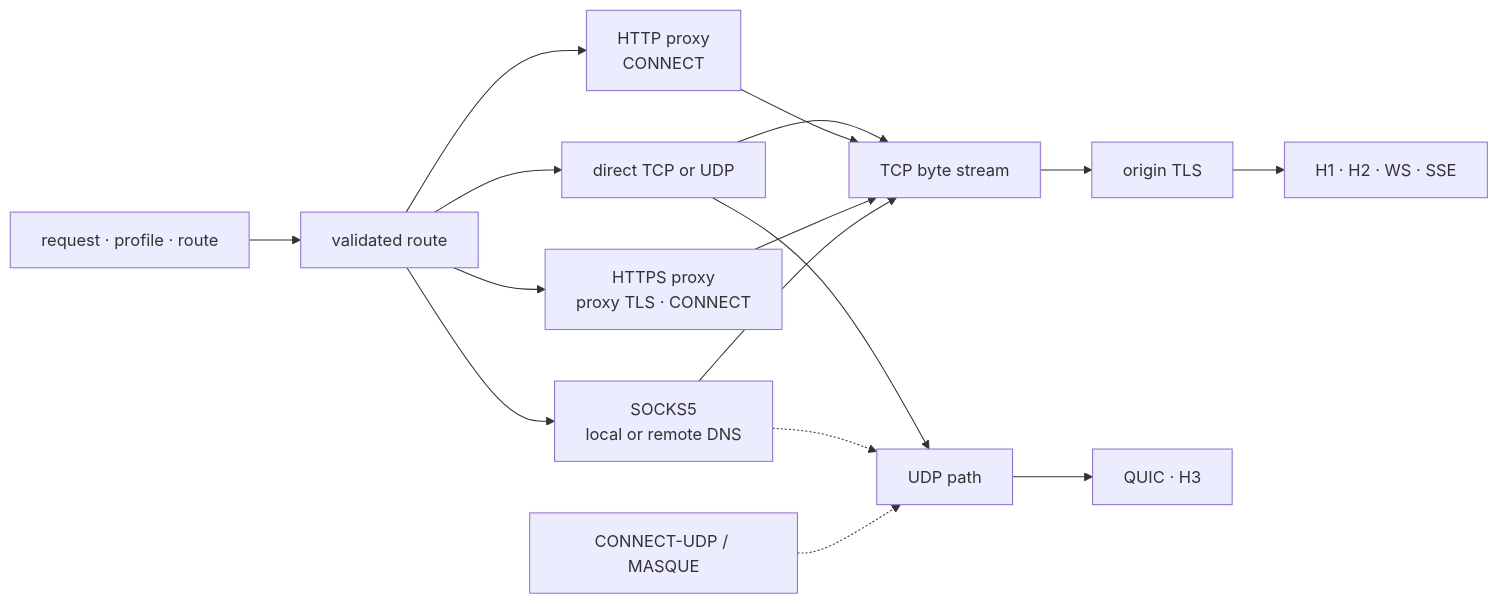
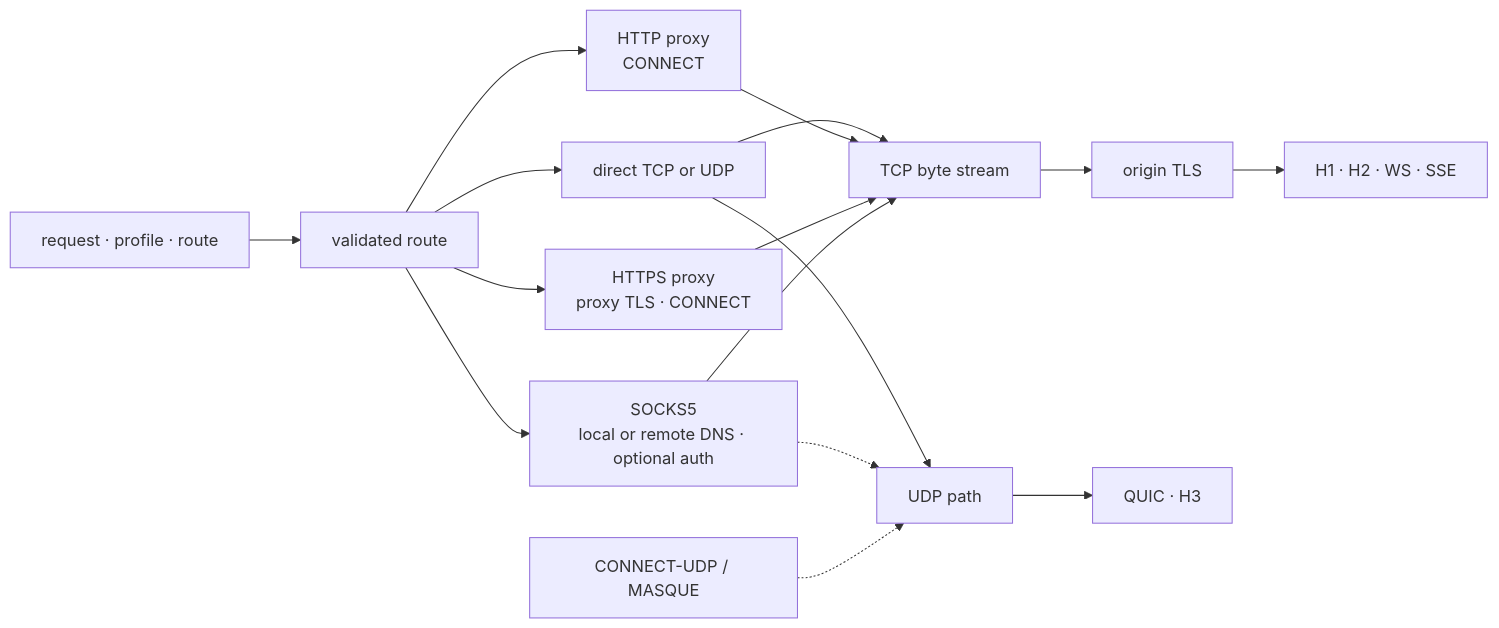
The second of 4 diagrams in docs/architecture.md (bywayhq/phantom), drawn with Mermaid before and after one commit. The commit also changed other lines of this file and 20 other files, not shown here.

Commit message:
feat(proxy): add SOCKS5 username password auth

````diff
--- a/docs/architecture.md
+++ b/docs/architecture.md
@@ -93,18 +93,18 @@
 ```mermaid
 flowchart LR
     Input["request · profile · route"] --> Route["validated route"]
     Route --> Direct["direct TCP or UDP"]
     Route --> Http["HTTP proxy<br/>CONNECT"]
     Route --> Https["HTTPS proxy<br/>proxy TLS · CONNECT"]
-    Route --> Socks["SOCKS5<br/>local or remote DNS"]
+    Route --> Socks["SOCKS5<br/>local or remote DNS · optional auth"]
     Direct --> Tcp["TCP byte stream"]
     Http --> Tcp
     Https --> Tcp
     Socks --> Tcp
     Direct --> Udp["UDP path"]
     Socks -.-> Udp
     Tcp --> OriginTls["origin TLS"]
     OriginTls --> H1H2["H1 · H2 · WS · SSE"]
     Udp --> Quic["QUIC · H3"]
     Masque["CONNECT-UDP / MASQUE"] -.-> Udp
 ```
````
